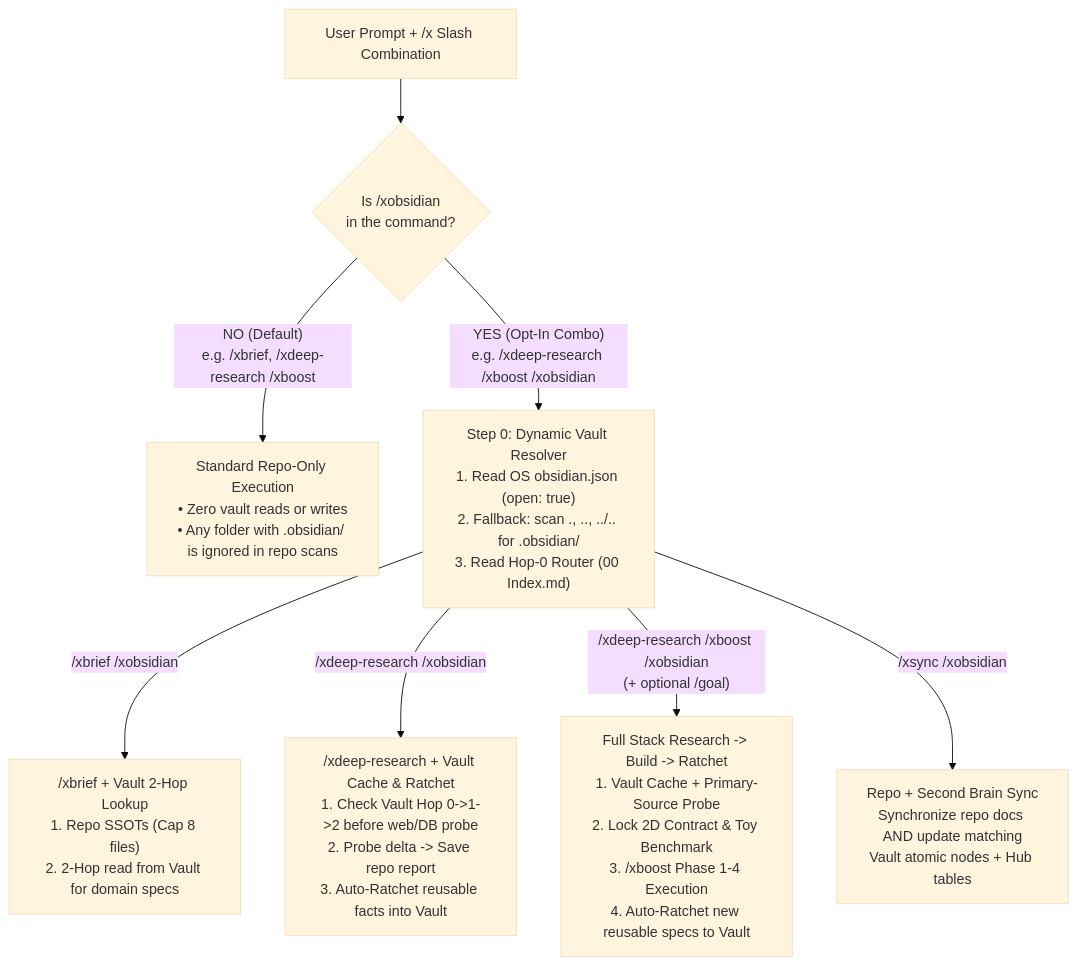
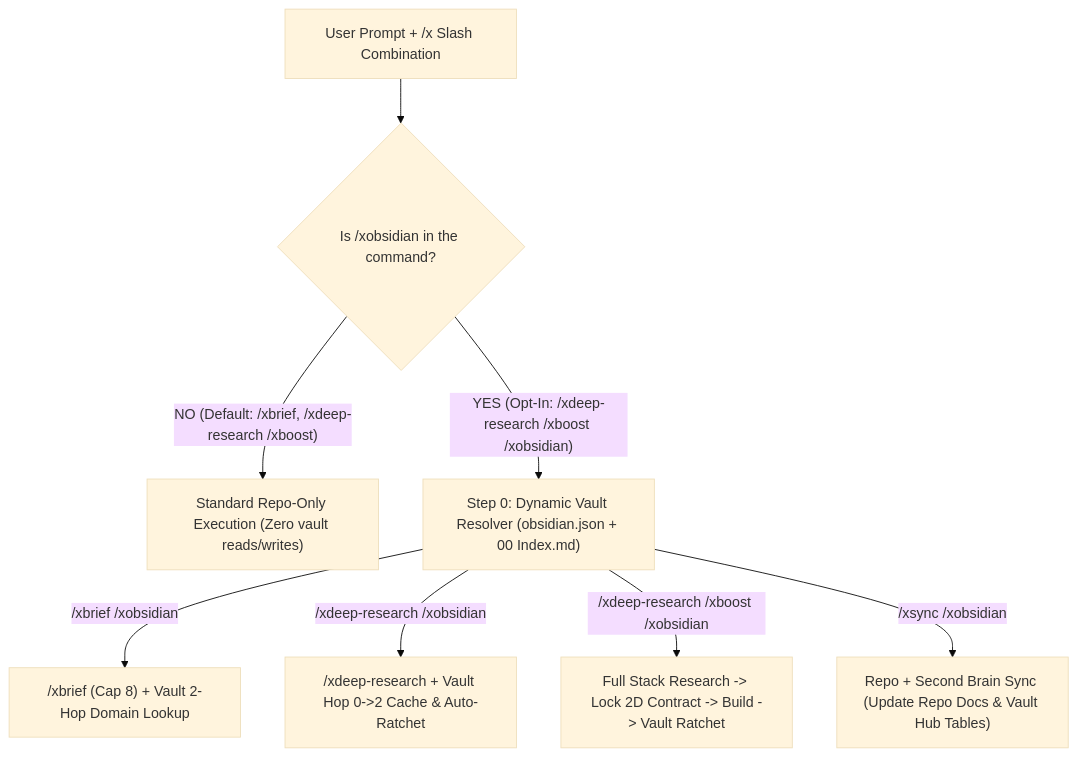
The second of 2 diagrams in README.md (iscvlab/boostx), drawn with Mermaid (base theme) before and after one commit. The commit also changed other lines of this file and 6 other files, not shown here.

Commit message:
fix(docs): remove <br> and xychart-beta from Mermaid diagrams across BoostX and /xocr

````diff
--- a/README.md
+++ b/README.md
@@ -87,10 +87,10 @@
 ```mermaid
 flowchart TD
-    Prompt["User Prompt + /x Slash Combination"] --> Gate{"Is /xobsidian<br>in the command?"}
-    Gate -->|"NO (Default)<br>e.g. /xbrief, /xdeep-research /xboost"| NoVault["Standard Repo-Only Execution<br>• Zero vault reads or writes<br>• Any folder with .obsidian/ is ignored in repo scans"]
-    Gate -->|"YES (Opt-In Combo)<br>e.g. /xdeep-research /xboost /xobsidian"| Resolve["Step 0: Dynamic Vault Resolver<br>1. Read OS obsidian.json (open: true)<br>2. Fallback: scan ., .., ../.. for .obsidian/<br>3. Read Hop-0 Router (00 Index.md)"]
-    Resolve -->|"/xbrief /xobsidian"| BriefCombo["/xbrief + Vault 2-Hop Lookup<br>1. Repo SSOTs (Cap 8 files)<br>2. 2-Hop read from Vault for domain specs"]
-    Resolve -->|"/xdeep-research /xobsidian"| ResCombo["/xdeep-research + Vault Cache & Ratchet<br>1. Check Vault Hop 0->1->2 before web/DB probe<br>2. Probe delta -> Save repo report<br>3. Auto-Ratchet reusable facts into Vault"]
-    Resolve -->|"/xdeep-research /xboost /xobsidian<br>(+ optional /goal)"| BoostCombo["Full Stack Research -> Build -> Ratchet<br>1. Vault Cache + Primary-Source Probe<br>2. Lock 2D Contract & Toy Benchmark<br>3. /xboost Phase 1-4 Execution<br>4. Auto-Ratchet new reusable specs to Vault"]
-    Resolve -->|"/xsync /xobsidian"| SyncCombo["Repo + Second Brain Sync<br>Synchronize repo docs AND update matching<br>Vault atomic nodes + Hub tables"]
+    Prompt["User Prompt + /x Slash Combination"] --> Gate{"Is /xobsidian in the command?"}
+    Gate -->|"NO (Default: /xbrief, /xdeep-research /xboost)"| NoVault["Standard Repo-Only Execution (Zero vault reads/writes)"]
+    Gate -->|"YES (Opt-In: /xdeep-research /xboost /xobsidian)"| Resolve["Step 0: Dynamic Vault Resolver (obsidian.json + 00 Index.md)"]
+    Resolve -->|"/xbrief /xobsidian"| BriefCombo["/xbrief (Cap 8) + Vault 2-Hop Domain Lookup"]
+    Resolve -->|"/xdeep-research /xobsidian"| ResCombo["/xdeep-research + Vault Hop 0->2 Cache & Auto-Ratchet"]
+    Resolve -->|"/xdeep-research /xboost /xobsidian"| BoostCombo["Full Stack Research -> Lock 2D Contract -> Build -> Vault Ratchet"]
+    Resolve -->|"/xsync /xobsidian"| SyncCombo["Repo + Second Brain Sync (Update Repo Docs & Vault Hub Tables)"]
 ```
````
